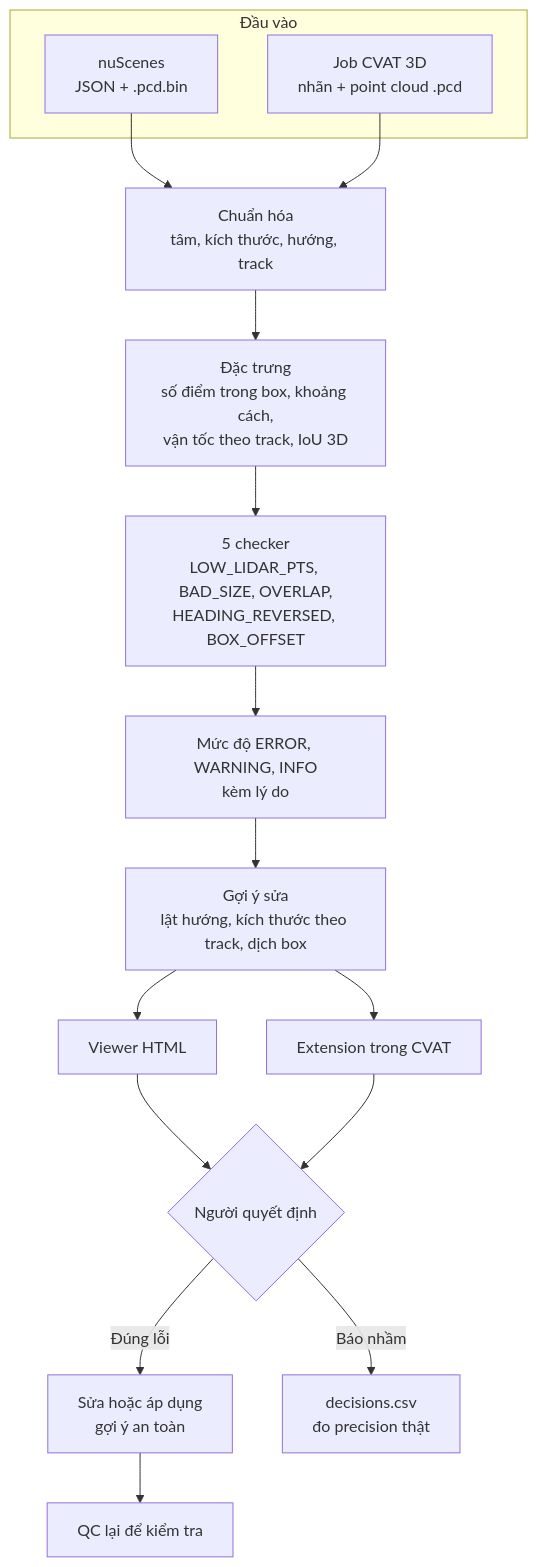
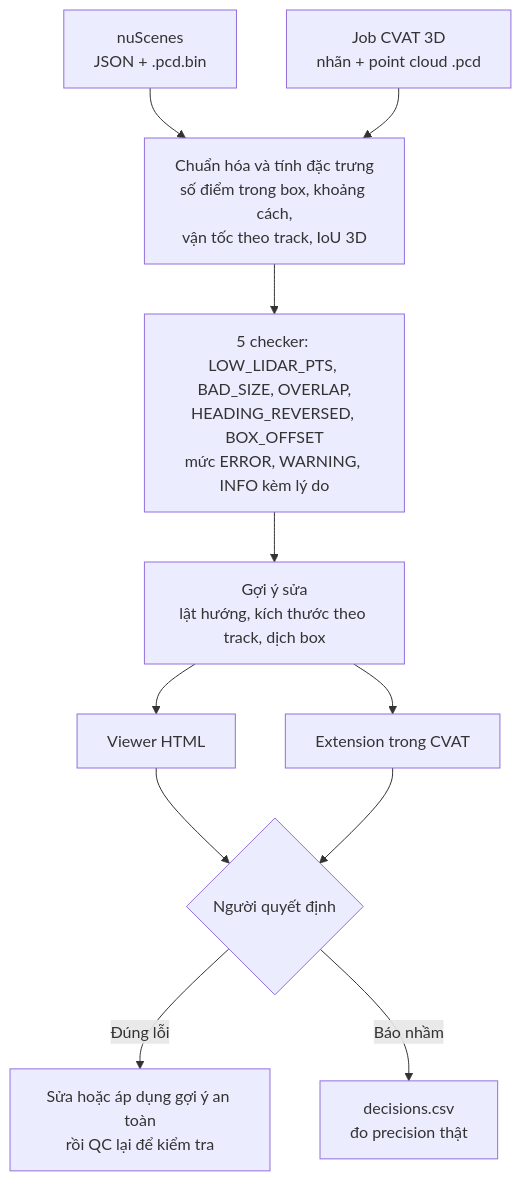
One commit to vuomg/cvat-lidar-3d-cuboid-annotation-qc changed the second of 4 diagrams in README.md. Above: the diagram before and after it, drawn with Mermaid.

Commit message:
README: make the technical pipeline diagram more compact

````diff
--- a/README.md
+++ b/README.md
@@ -46,20 +46,14 @@
 ```mermaid
 flowchart TB
-    subgraph IN["Đầu vào"]
-        N["nuScenes<br/>JSON + .pcd.bin"]
-        V["Job CVAT 3D<br/>nhãn + point cloud .pcd"]
-    end
-    N --> P["Chuẩn hóa<br/>tâm, kích thước, hướng, track"]
-    V --> P
-    P --> F["Đặc trưng<br/>số điểm trong box, khoảng cách,<br/>vận tốc theo track, IoU 3D"]
-    F --> C["5 checker<br/>LOW_LIDAR_PTS, BAD_SIZE, OVERLAP,<br/>HEADING_REVERSED, BOX_OFFSET"]
-    C --> S["Mức độ ERROR, WARNING, INFO<br/>kèm lý do"]
-    S --> X["Gợi ý sửa<br/>lật hướng, kích thước theo track, dịch box"]
+    N["nuScenes<br/>JSON + .pcd.bin"] --> P
+    V["Job CVAT 3D<br/>nhãn + point cloud .pcd"] --> P
+    P["Chuẩn hóa và tính đặc trưng<br/>số điểm trong box, khoảng cách,<br/>vận tốc theo track, IoU 3D"]
+    P --> C["5 checker: LOW_LIDAR_PTS, BAD_SIZE, OVERLAP,<br/>HEADING_REVERSED, BOX_OFFSET<br/>mức ERROR, WARNING, INFO kèm lý do"]
+    C --> X["Gợi ý sửa<br/>lật hướng, kích thước theo track, dịch box"]
     X --> VW["Viewer HTML"]
     X --> EXT["Extension trong CVAT"]
     VW --> H{"Người quyết định"}
     EXT --> H
-    H -->|"Đúng lỗi"| FIX["Sửa hoặc áp dụng<br/>gợi ý an toàn"]
+    H -->|"Đúng lỗi"| FIX["Sửa hoặc áp dụng gợi ý an toàn<br/>rồi QC lại để kiểm tra"]
     H -->|"Báo nhầm"| DEC["decisions.csv<br/>đo precision thật"]
-    FIX --> RE["QC lại để kiểm tra"]
 ```
````
